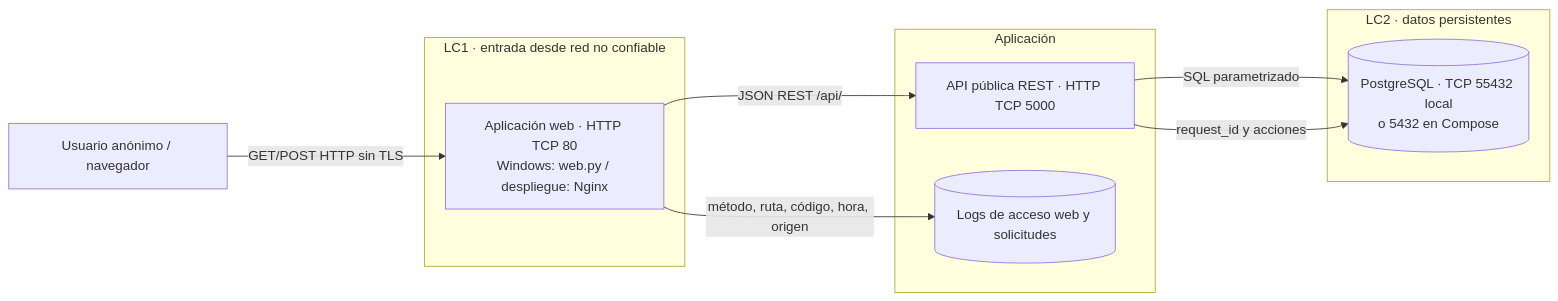
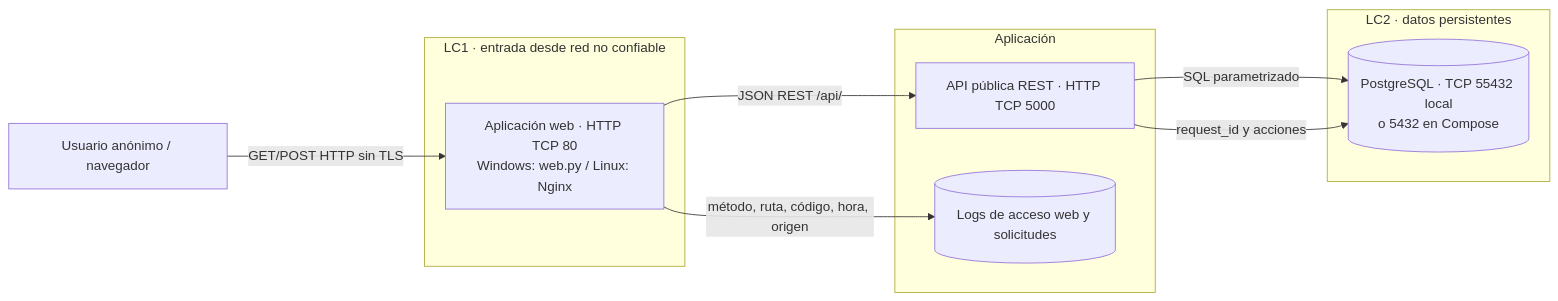
One commit to JuanMurciay/Lab-03-FDSI changed the diagram in README.md. Above: the diagram before and after it, drawn with Mermaid. The commit also changed other lines of this file, not shown here.

Commit message:
Actualización README con evidencia de despliegue Nginx en codespaces

````diff
--- a/README.md
+++ b/README.md
@@ -177,19 +183,19 @@
 ```mermaid
 flowchart LR
   U[Usuario anónimo / navegador]
   subgraph LC1[LC1 · entrada desde red no confiable]
-    W[Aplicación web · HTTP TCP 80<br/>Windows: web.py / despliegue: Nginx]
+    W[Aplicación web · HTTP TCP 80<br/>Windows: web.py / Linux: Nginx]
   end
   subgraph APP[Aplicación]
     A[API pública REST · HTTP TCP 5000]
     L[(Logs de acceso web y solicitudes)]
   end
   subgraph LC2[LC2 · datos persistentes]
     D[(PostgreSQL · TCP 55432 local<br/>o 5432 en Compose)]
   end
   U -->|GET/POST HTTP sin TLS| W
   W -->|JSON REST /api/| A
   W -->|método, ruta, código, hora, origen| L
   A -->|SQL parametrizado| D
   A -->|request_id y acciones| D
 ```
````
